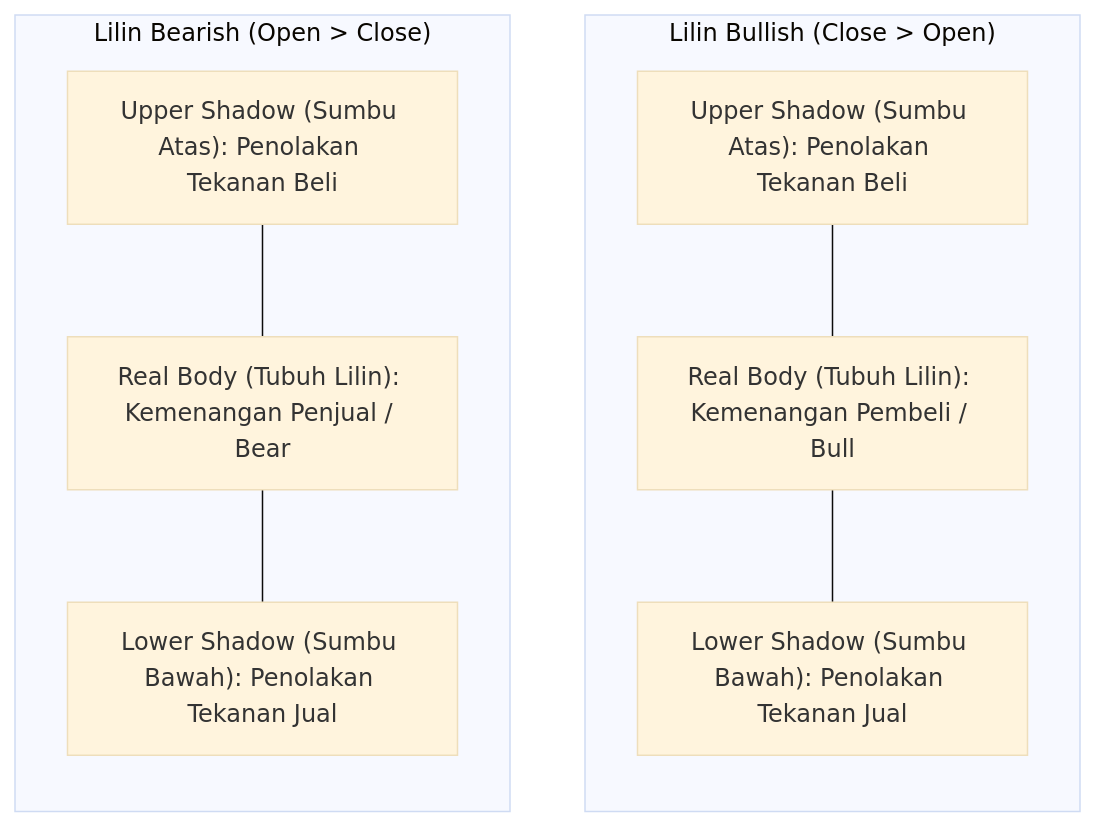
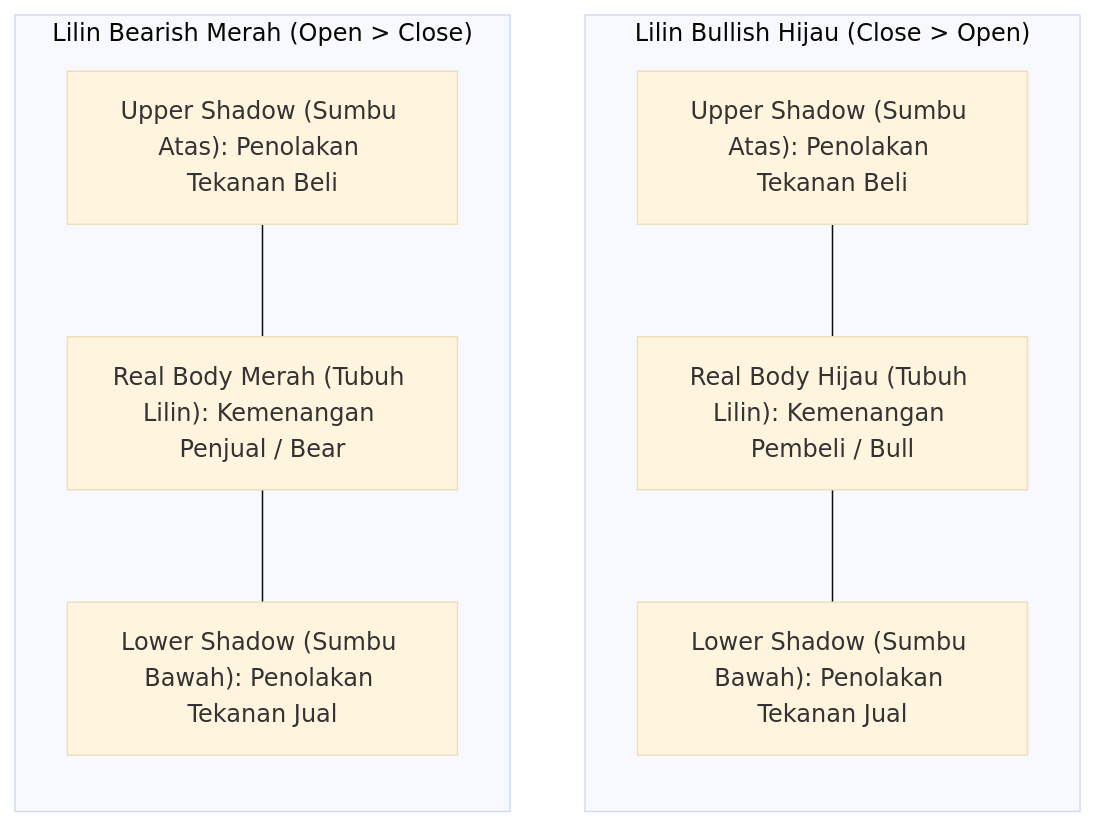
One commit to AlulCode45/Trading-Learning-Path changed the second of 6 diagrams in docs/edianto-ong/24-candlestick-komprehensif.md. Above: the diagram before and after it, drawn with Mermaid (base theme). The commit also changed other lines of this file and 29 other files, not shown here.

Commit message:
docs(edianto-ong): upgrade all 29 chapters with beginner analogies, diagrams, step-by-step guides, and case studies

````diff
--- a/docs/edianto-ong/24-candlestick-komprehensif.md
+++ b/docs/edianto-ong/24-candlestick-komprehensif.md
@@ -24,18 +45,18 @@
 ```mermaid
 flowchart TD
-    subgraph BullishCandle["Lilin Bullish (Close > Open)"]
+    subgraph BullishCandle["Lilin Bullish Hijau (Close > Open)"]
         direction TB
         UH1["Upper Shadow (Sumbu Atas): Penolakan Tekanan Beli"]
-        RB1["Real Body (Tubuh Lilin): Kemenangan Pembeli / Bull"]
+        RB1["Real Body Hijau (Tubuh Lilin): Kemenangan Pembeli / Bull"]
         LH1["Lower Shadow (Sumbu Bawah): Penolakan Tekanan Jual"]
         UH1 --- RB1 --- LH1
     end
 
-    subgraph BearishCandle["Lilin Bearish (Open > Close)"]
+    subgraph BearishCandle["Lilin Bearish Merah (Open > Close)"]
         direction TB
         UH2["Upper Shadow (Sumbu Atas): Penolakan Tekanan Beli"]
-        RB2["Real Body (Tubuh Lilin): Kemenangan Penjual / Bear"]
+        RB2["Real Body Merah (Tubuh Lilin): Kemenangan Penjual / Bear"]
         LH2["Lower Shadow (Sumbu Bawah): Penolakan Tekanan Jual"]
         UH2 --- RB2 --- LH2
     end
 ```
````
